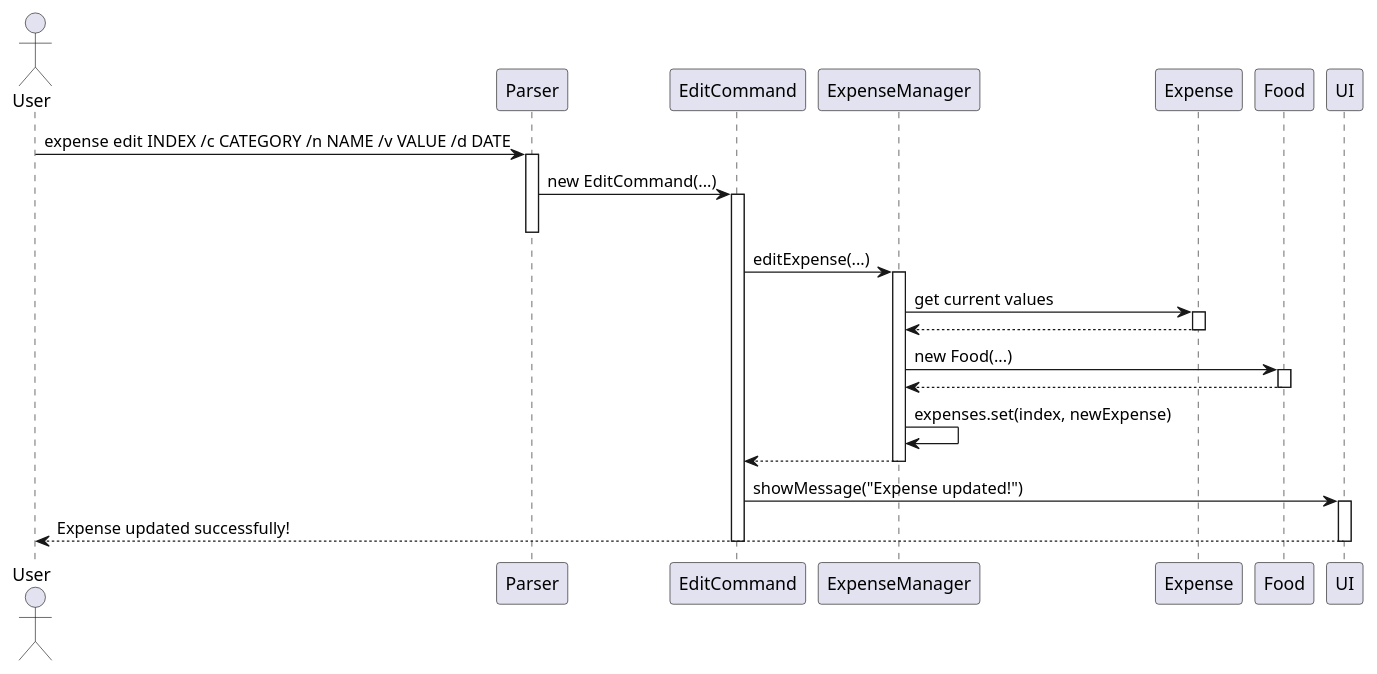
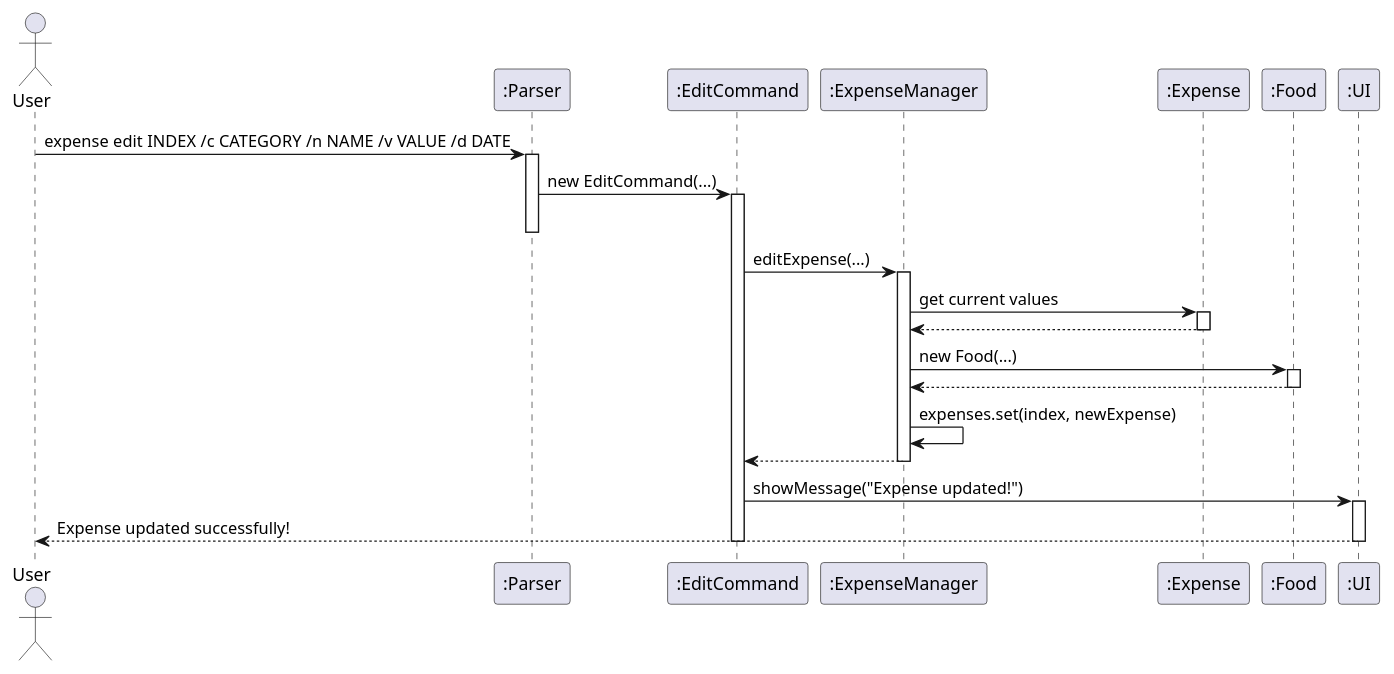
One commit to KanakornMek/tp changed the diagram in docs/Diagrams/EditExpenseSequenceDiagram.puml. Above: the diagram before and after it, drawn with PlantUML. The commit also changed 5 other files, not shown here.

Commit message:
include colon before class names for ExpenseManager Sequence Diagrams

```diff
--- a/docs/Diagrams/EditExpenseSequenceDiagram.puml
+++ b/docs/Diagrams/EditExpenseSequenceDiagram.puml
@@ -1,42 +1,42 @@
 @startuml Edit Expense Sequence Diagram
 actor User
-participant "Parser" as Parser
-participant "EditCommand" as EditCmd
-participant "ExpenseManager" as EM
-participant "Expense" as Expense
-participant "Food" as Food
-participant "UI" as UI
+participant ":Parser" as Parser
+participant ":EditCommand" as EditCmd
+participant ":ExpenseManager" as EM
+participant ":Expense" as Expense
+participant ":Food" as Food
+participant ":UI" as UI
 
 User -> Parser: expense edit INDEX /c CATEGORY /n NAME /v VALUE /d DATE
 activate Parser
 
 Parser -> EditCmd: new EditCommand(...)
 activate EditCmd
 deactivate Parser
 
 EditCmd -> EM: editExpense(...)
 activate EM
 
 EM -> Expense: get current values
 activate Expense
 Expense --> EM
 deactivate Expense
 
 EM -> Food: new Food(...)
 activate Food
 Food --> EM
 deactivate Food
 
 EM -> EM: expenses.set(index, newExpense)
 EM --> EditCmd
 
 deactivate EM
 
 EditCmd -> UI: showMessage("Expense updated!")
 activate UI
 UI --> User: Expense updated successfully!
 deactivate UI
 
 deactivate EditCmd
 
 @enduml
```
